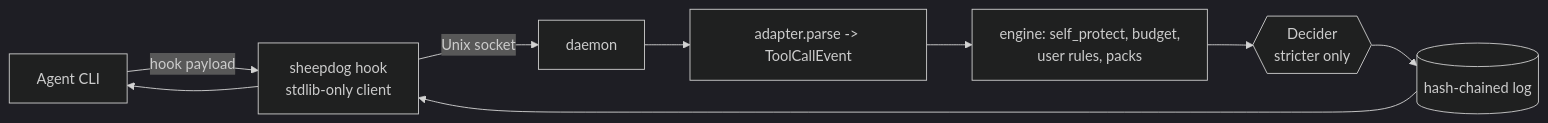
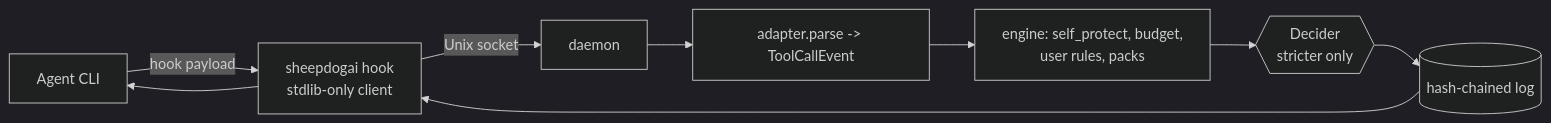
Before and after one commit to neoparadigm/sheepdog: the diagram in README.md, drawn with Mermaid (dark theme). The commit also changed other lines of this file and 98 other files, not shown here.

Commit message:
Rename CLI/config/state/env/ontology prefix to sheepdogai; /sheepdog kept as short chat alias (/sheepdogai too); refresh bench numbers

````diff
--- a/README.md
+++ b/README.md
@@ -134,10 +133,10 @@
 ```mermaid
 flowchart LR
-  A[Agent CLI] -- hook payload --> H[sheepdog hook<br/>stdlib-only client]
+  A[Agent CLI] -- hook payload --> H[sheepdogai hook<br/>stdlib-only client]
   H -- Unix socket --> D[daemon]
   D --> N[adapter.parse -> ToolCallEvent]
   N --> E[engine: self_protect, budget,<br/>user rules, packs]
   E --> X{{Decider<br/>stricter only}}
   X --> L[(hash-chained log)]
   L --> H --> A
 ```
````
